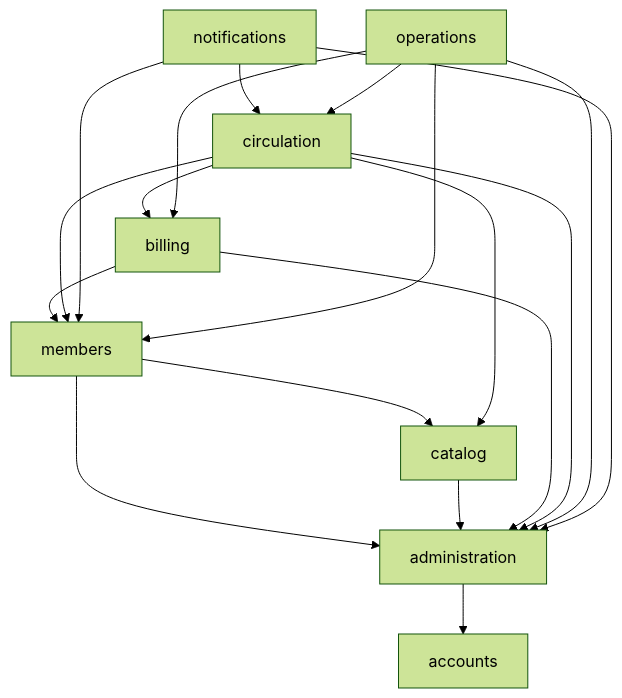
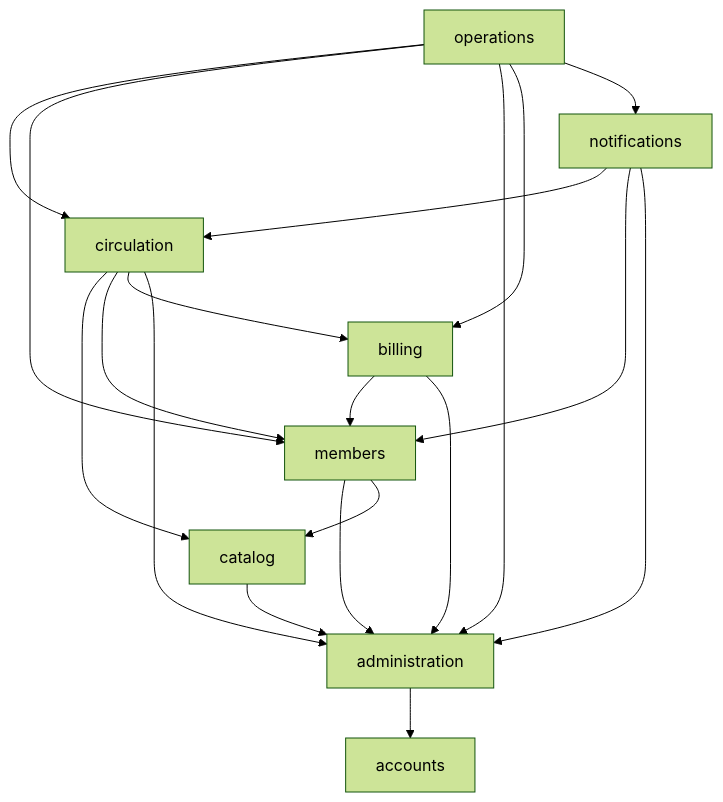
Before and after one commit to mhmtmndrn/kutuphane-odunc-sistemi: the third of 8 diagrams in docs/architecture.md, drawn with Mermaid (forest theme). The commit also changed other lines of this file and 6 other files, not shown here.

````diff
--- a/docs/architecture.md
+++ b/docs/architecture.md
@@ -69,28 +69,29 @@
 ```mermaid
 flowchart TD
   accounts[accounts]
   administration[administration]
   members[members]
   catalog[catalog]
   billing[billing]
   circulation[circulation]
   notifications[notifications]
   operations[operations]
   administration --> accounts
   members --> administration
   members --> catalog
   catalog --> administration
   billing --> members
   billing --> administration
   circulation --> catalog
   circulation --> members
   circulation --> billing
   circulation --> administration
   notifications --> circulation
   notifications --> members
   operations --> circulation
   operations --> members
   operations --> administration
   operations --> billing
+  operations --> notifications
   notifications --> administration
 ```
````
